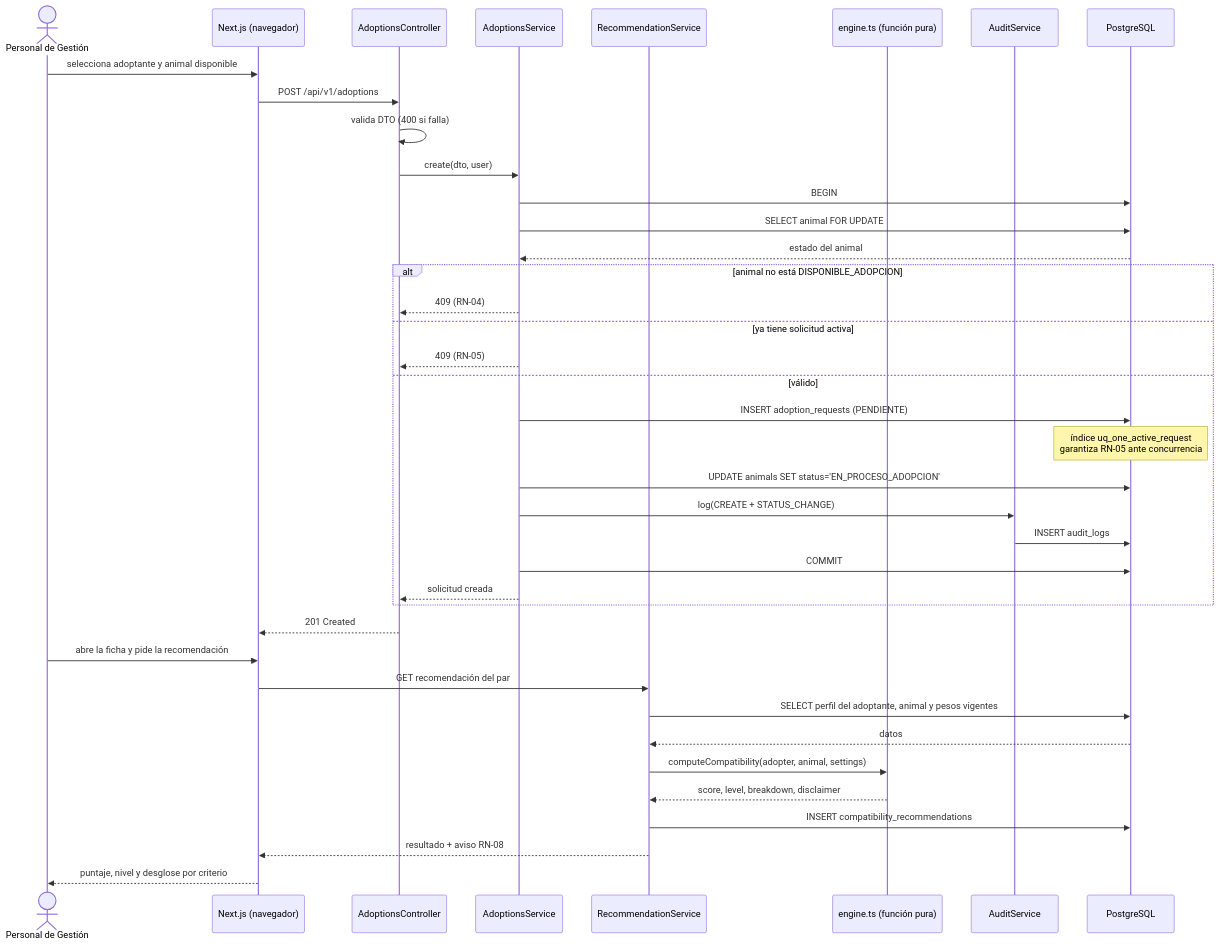
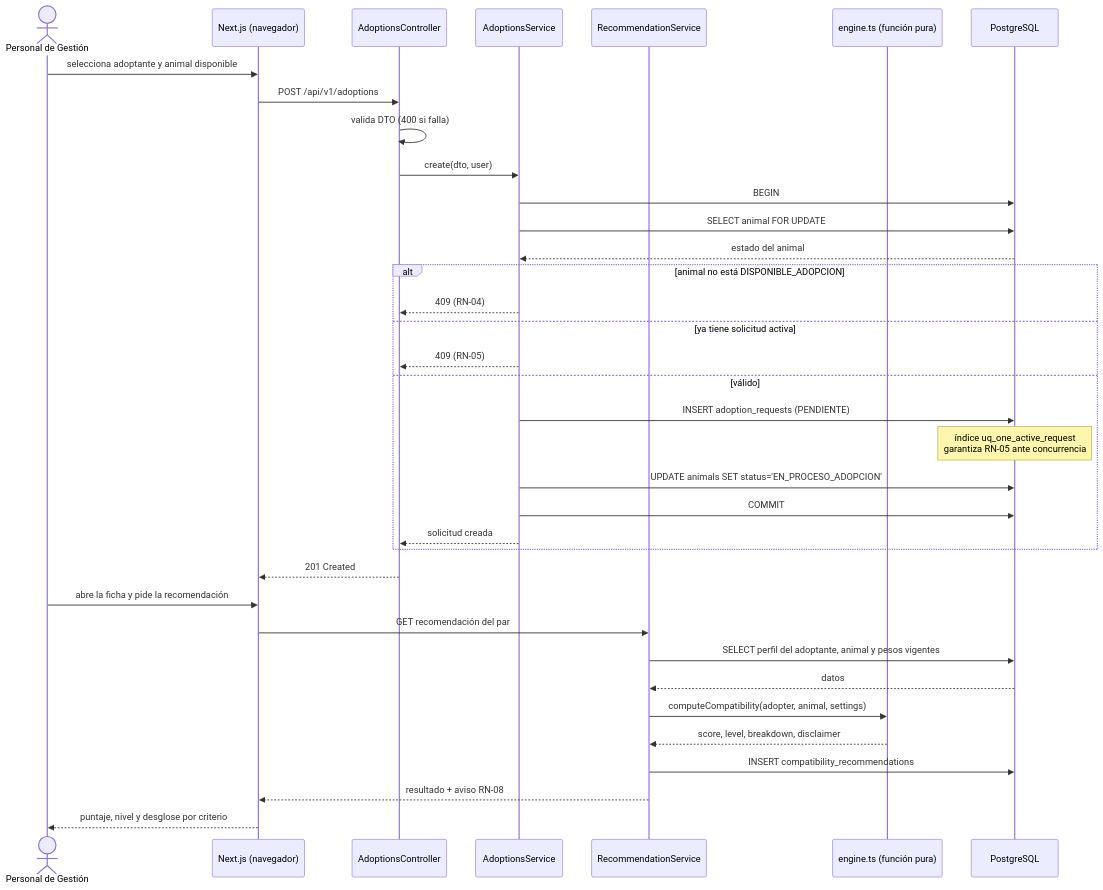
The ninth of 17 diagrams in scrum.md (JulioCesarTA/adopcion), drawn with Mermaid before and after one commit. The commit also changed other lines of this file and 1 other file, not shown here.

````diff
--- a/scrum.md
+++ b/scrum.md
@@ -1716,43 +1766,40 @@
 ```mermaid
 sequenceDiagram
   actor GES as Personal de Gestión
   participant FE as Next.js (navegador)
   participant AC as AdoptionsController
   participant ASV as AdoptionsService
   participant RS as RecommendationService
   participant EN as engine.ts (función pura)
-  participant AU as AuditService
   participant DB as PostgreSQL
 
   GES->>FE: selecciona adoptante y animal disponible
   FE->>AC: POST /api/v1/adoptions
   AC->>AC: valida DTO (400 si falla)
   AC->>ASV: create(dto, user)
   ASV->>DB: BEGIN
   ASV->>DB: SELECT animal FOR UPDATE
   DB-->>ASV: estado del animal
   alt animal no está DISPONIBLE_ADOPCION
     ASV-->>AC: 409 (RN-04)
   else ya tiene solicitud activa
     ASV-->>AC: 409 (RN-05)
   else válido
     ASV->>DB: INSERT adoption_requests (PENDIENTE)
     Note over DB: índice uq_one_active_request<br/>garantiza RN-05 ante concurrencia
     ASV->>DB: UPDATE animals SET status='EN_PROCESO_ADOPCION'
-    ASV->>AU: log(CREATE + STATUS_CHANGE)
-    AU->>DB: INSERT audit_logs
     ASV->>DB: COMMIT
     ASV-->>AC: solicitud creada
   end
   AC-->>FE: 201 Created
 
   GES->>FE: abre la ficha y pide la recomendación
   FE->>RS: GET recomendación del par
   RS->>DB: SELECT perfil del adoptante, animal y pesos vigentes
   DB-->>RS: datos
   RS->>EN: computeCompatibility(adopter, animal, settings)
   EN-->>RS: score, level, breakdown, disclaimer
   RS->>DB: INSERT compatibility_recommendations
   RS-->>FE: resultado + aviso RN-08
   FE-->>GES: puntaje, nivel y desglose por criterio
 ```
````
